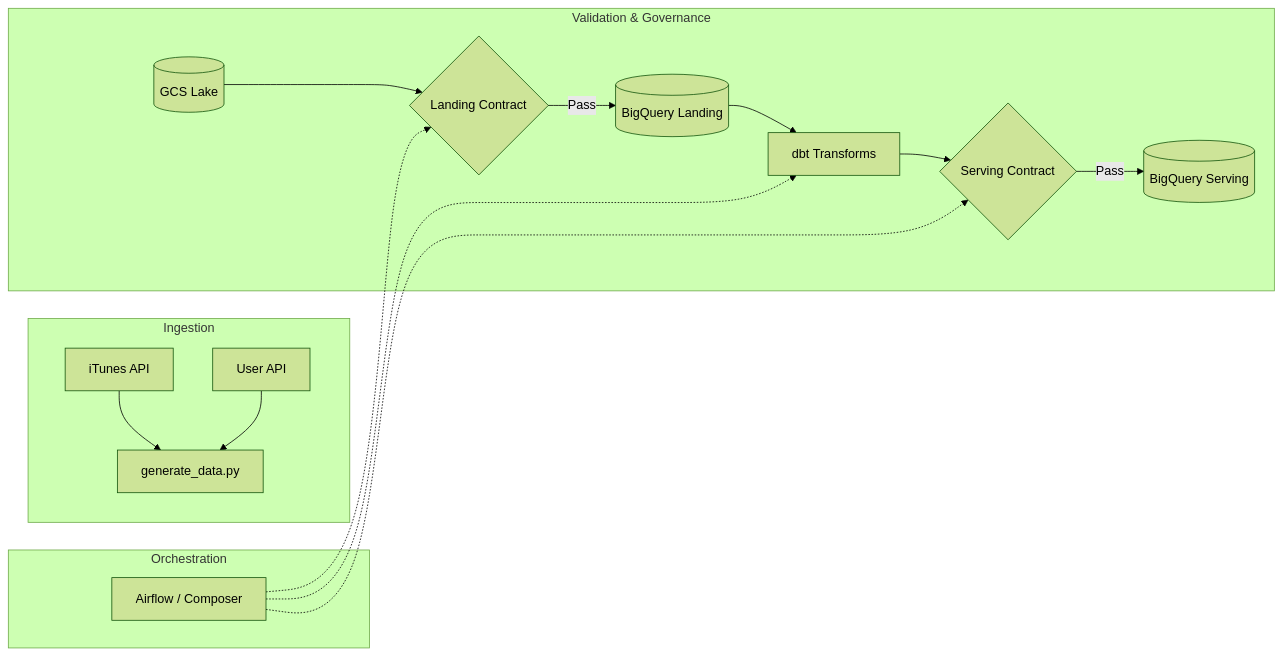
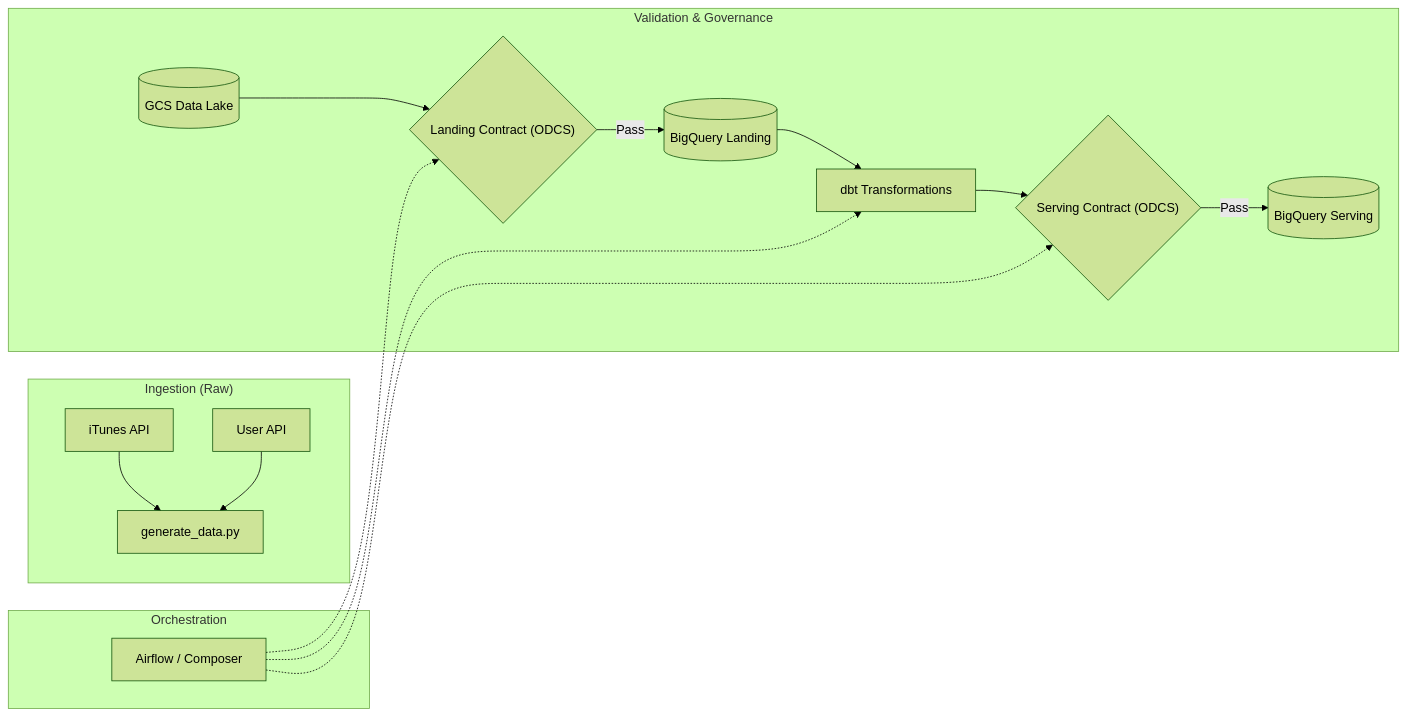
The first of 2 diagrams in README.md (Chugh-Gourav/deftunes_data_engineering_rag_capstone), drawn with Mermaid (forest theme) before and after one commit. The commit also changed other lines of this file and 1 other file, not shown here.

````diff
--- a/README.md
+++ b/README.md
@@ -24,22 +23,22 @@
 ```mermaid
 flowchart LR
-    subgraph "Ingestion"
-        A[iTunes API] --> C[generate_data.py]
-        B[User API] --> C
+    subgraph "Ingestion (Raw)"
+        A["iTunes API"] --> C["generate_data.py"]
+        B["User API"] --> C
     end
     
     subgraph "Validation & Governance"
-        D[(GCS Lake)] --> E{Landing Contract}
-        E -- Pass --> F[(BigQuery Landing)]
-        F --> G[dbt Transforms]
-        G --> H{Serving Contract}
-        H -- Pass --> I[(BigQuery Serving)]
+        D[("GCS Data Lake")] --> E{"Landing Contract (ODCS)"}
+        E -- "Pass" --> F[("BigQuery Landing")]
+        F --> G["dbt Transformations"]
+        G --> H{"Serving Contract (ODCS)"}
+        H -- "Pass" --> I[("BigQuery Serving")]
     end
     
     subgraph "Orchestration"
-        J[Airflow / Composer]
+        J["Airflow / Composer"]
     end
     J -.-> E
     J -.-> G
     J -.-> H
 ```
````
